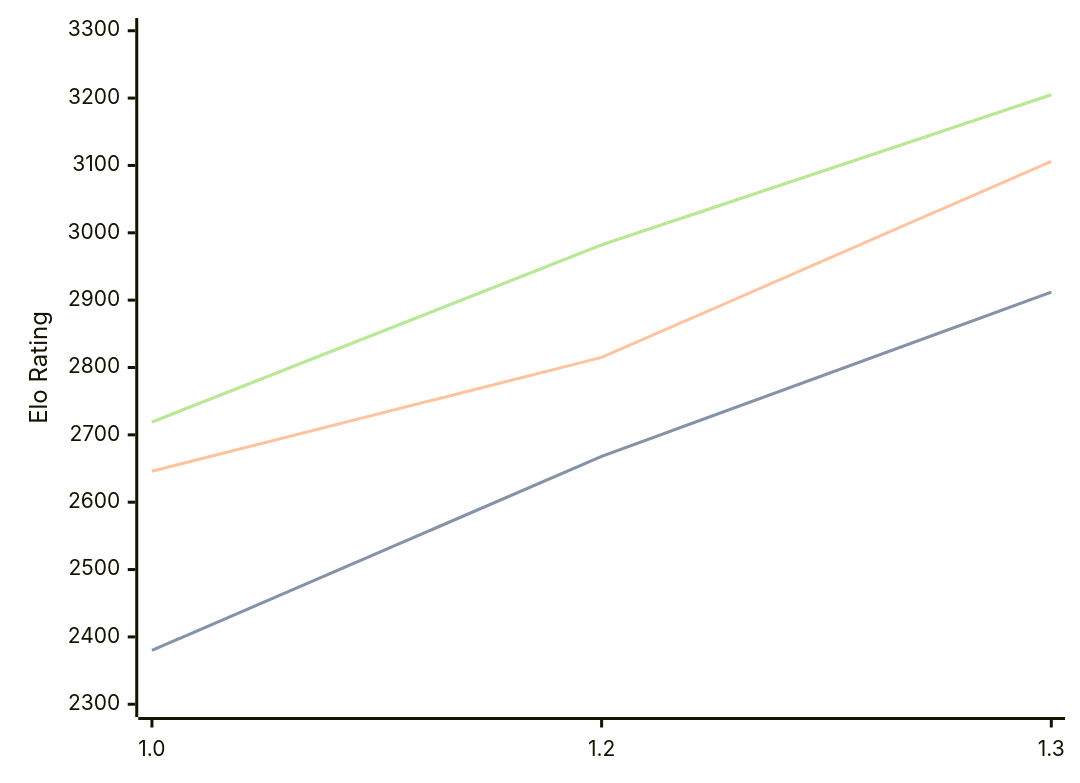
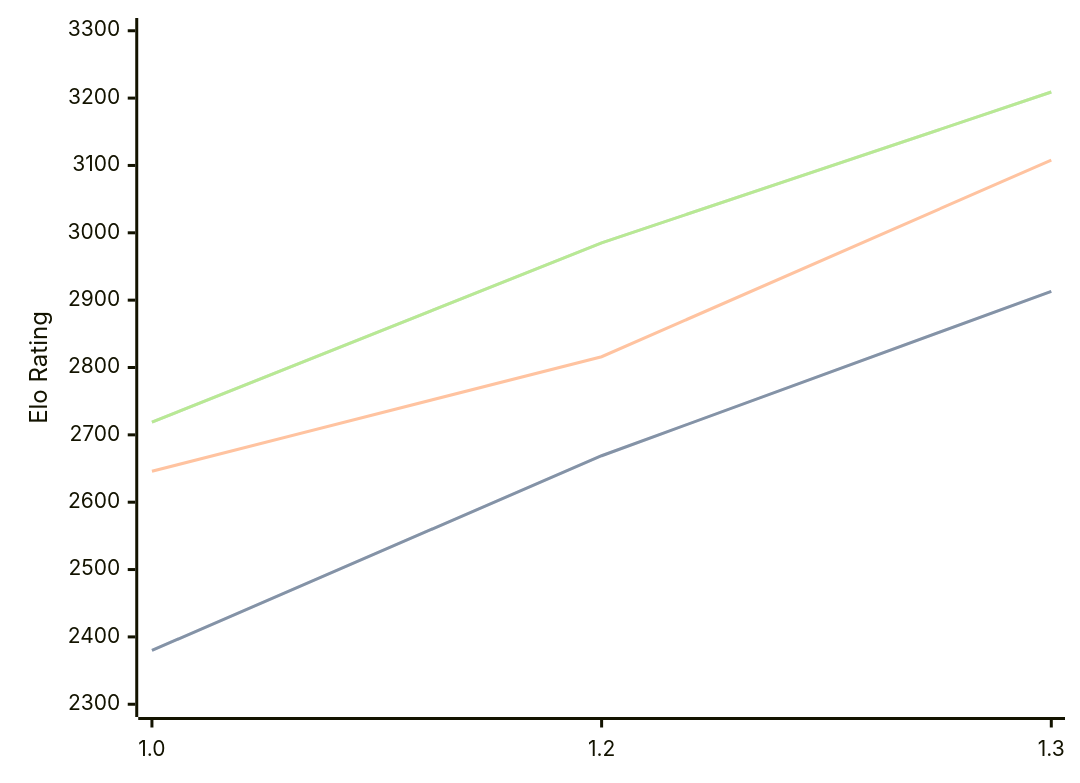
One commit to computer-chess-index/cci changed the diagram in engines/Chessnix.md. Above: the diagram before and after it, drawn with Mermaid. The commit also changed other lines of this file, not shown here.

Commit message:
Update CCI Ratings (ELO VLTC) - 2026-02-20

````diff
--- a/engines/Chessnix.md
+++ b/engines/Chessnix.md
@@ -31,11 +31,11 @@
 ```mermaid
 %%{init: {"theme":"base","themeVariables":{"seriesColors:['#a3a3a3','#222221','#faa371']}}}%%
 xychart-beta
   x-axis ["1.0", "1.2", "1.3"]
   y-axis "Elo Rating" 2300 --> 3300
-  line "STC (8.0+0.08s)" [2380, 2668, 2912]
-  line "STC (8.0+0.08s)" [2380, 2668, 2912]
-  line "LTC (60.0+0.60s)" [2646, 2815, 3106]
-  line "VLTC (2m24s+1.12s)" [2719, 2982, 3205]
-  line "VLTC (2m24s+1.12s)" [2719, 2982, 3205]
+  line "STC (8.0+0.08s)" [2380, 2669, 2913]
+  line "STC (8.0+0.08s)" [2380, 2669, 2913]
+  line "LTC (60.0+0.60s)" [2646, 2816, 3108]
+  line "VLTC (2m24s+1.12s)" [2719, 2985, 3209]
+  line "VLTC (2m24s+1.12s)" [2719, 2985, 3209]
 ```
````
